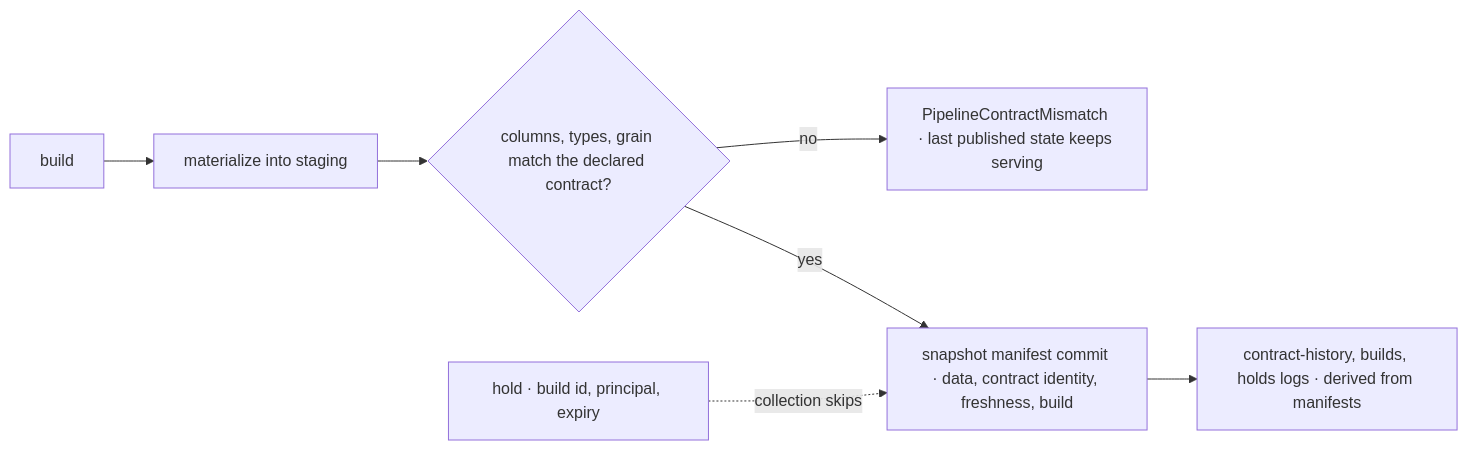
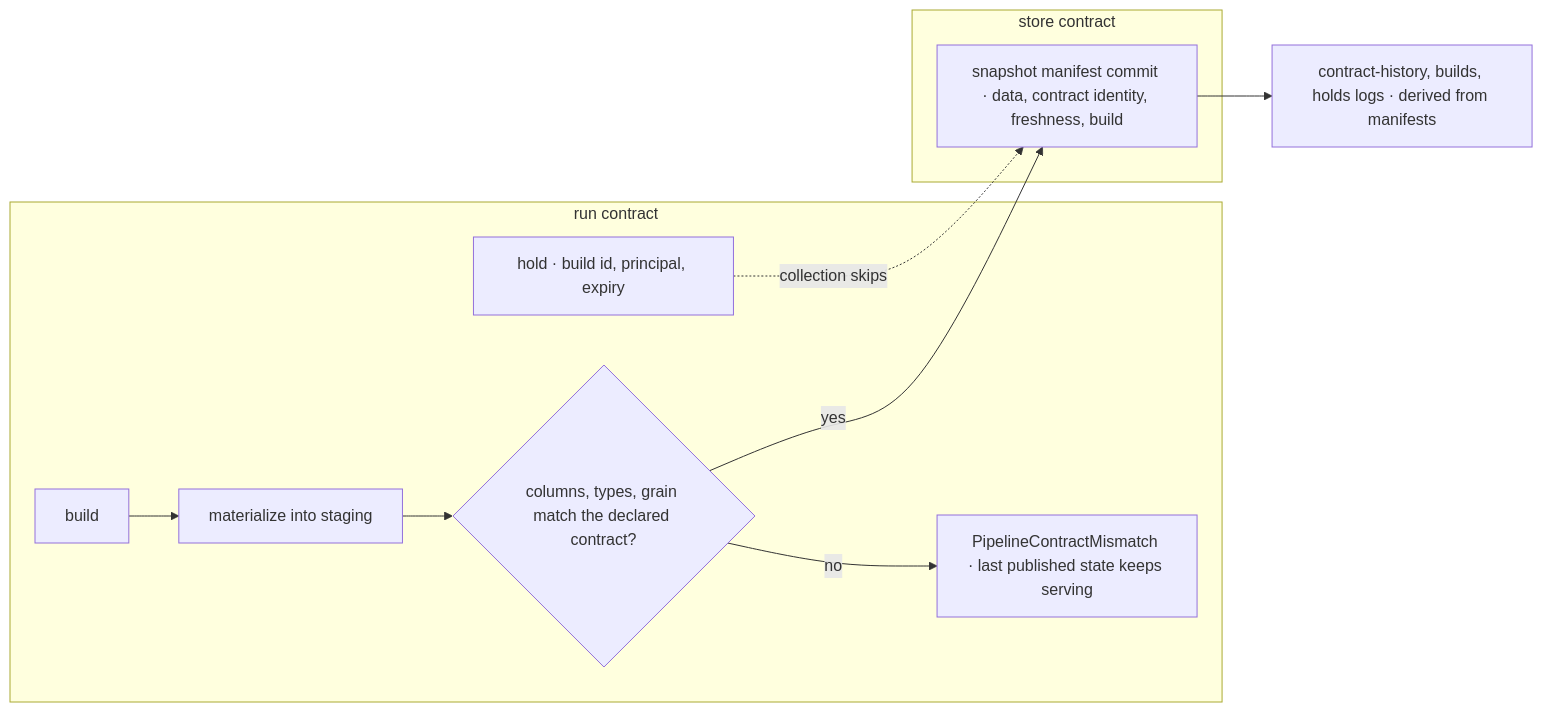
One commit to fractalboxdev/contextful changed the fourth of 4 diagrams in spec/31-pipeline.md. Above: the diagram before and after it, drawn with Mermaid. The commit also changed other lines of this file and 33 other files, not shown here.

Commit message:
spec: diagrams draw contracts, parties and trust zones as containers; a node standing for one is refused

````diff
--- a/spec/31-pipeline.md
+++ b/spec/31-pipeline.md
@@ -255,9 +280,15 @@
 ```mermaid
 flowchart LR
-  B["build"] --> ST["materialize into staging"]
-  ST --> CK{"columns, types, grain match the declared contract?"}
-  CK -->|no| REF["PipelineContractMismatch · last published state keeps serving"]
-  CK -->|yes| MC["snapshot manifest commit · data, contract identity, freshness, build"]
+  subgraph RUNC["run contract"]
+    B["build"] --> ST["materialize into staging"]
+    ST --> CK{"columns, types, grain match the declared contract?"}
+    CK -->|no| REF["PipelineContractMismatch · last published state keeps serving"]
+    HOLD["hold · build id, principal, expiry"]
+  end
+  subgraph STORE["store contract"]
+    MC["snapshot manifest commit · data, contract identity, freshness, build"]
+  end
+  CK -->|yes| MC
   MC --> LOGS["contract-history, builds, holds logs · derived from manifests"]
-  HOLD["hold · build id, principal, expiry"] -.->|"collection skips"| MC
+  HOLD -.->|"collection skips"| MC
 ```
````
